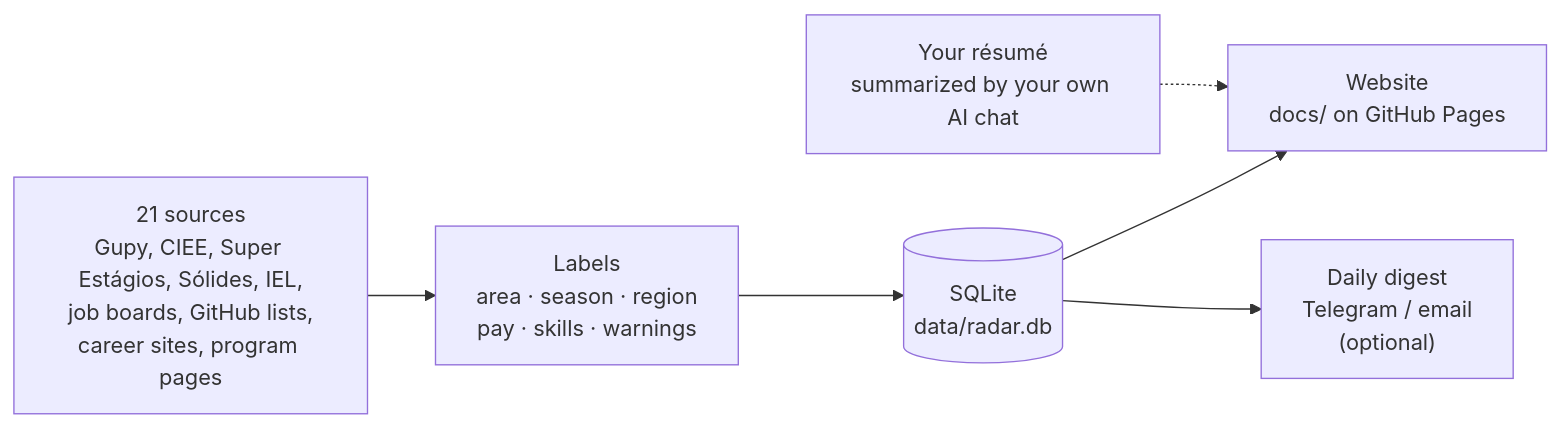
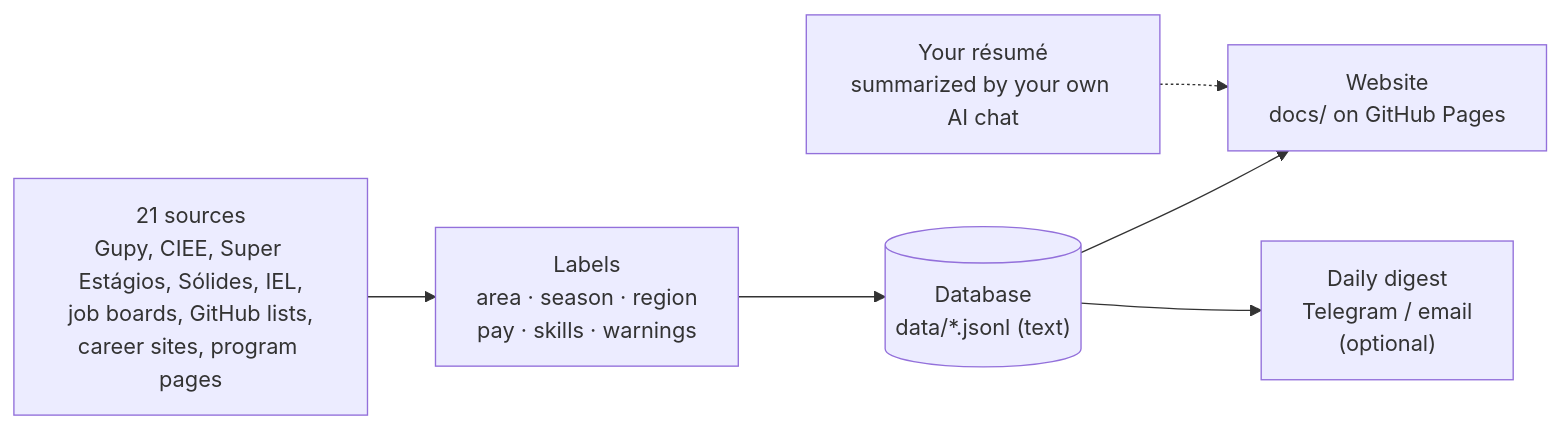
Before and after one commit to PedroCamargoLINCE/opportunity-radar: the diagram in README.en.md, drawn with Mermaid. The commit also changed 9 other files, not shown here.

First line of the commit message:
Keep the database as text and refresh last_seen weekly

````diff
--- a/README.en.md
+++ b/README.en.md
@@ -78,8 +78,8 @@
 ```mermaid
 flowchart LR
     A["21 sources<br/>Gupy, CIEE, Super Estágios, Sólides, IEL,<br/>job boards, GitHub lists,<br/>career sites, program pages"] --> B["Labels<br/>area · season · region<br/>pay · skills · warnings"]
-    B --> C[("SQLite<br/>data/radar.db")]
+    B --> C[("Database<br/>data/*.jsonl (text)")]
     R["Your résumé<br/>summarized by your own AI chat"] -.-> D
     C --> D["Website<br/>docs/ on GitHub Pages"]
     C --> E["Daily digest<br/>Telegram / email<br/>(optional)"]
 ```
````
